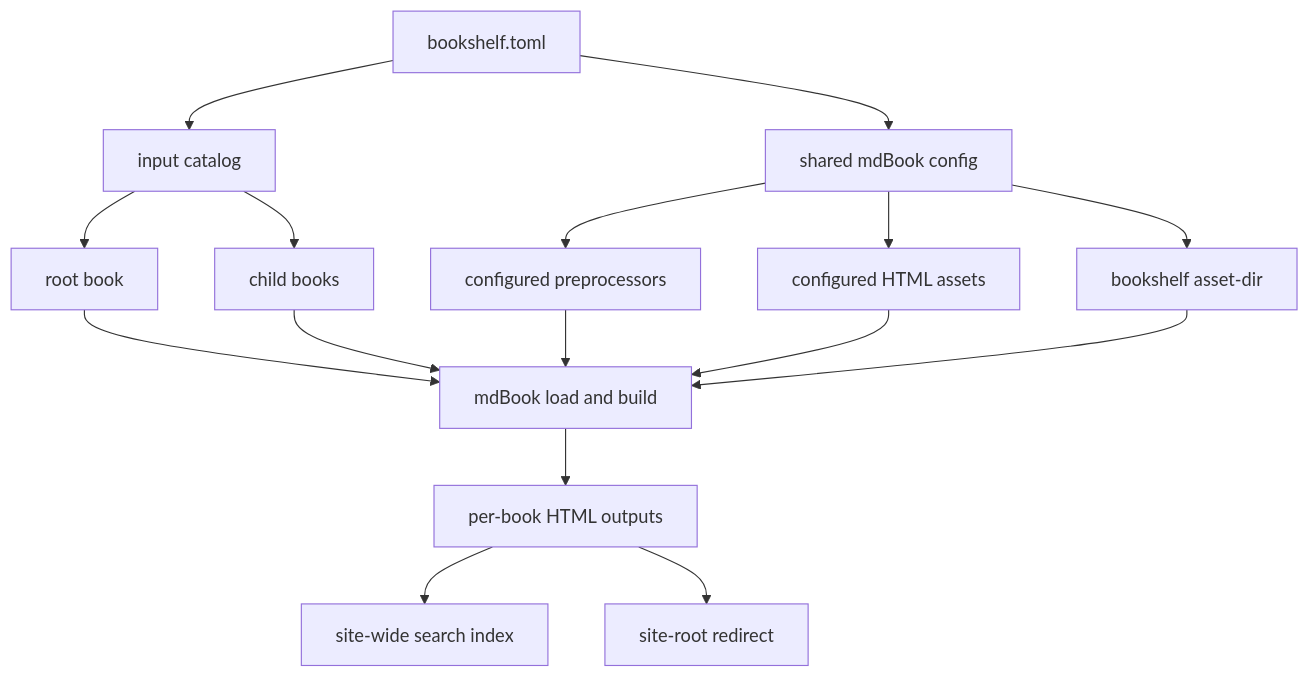
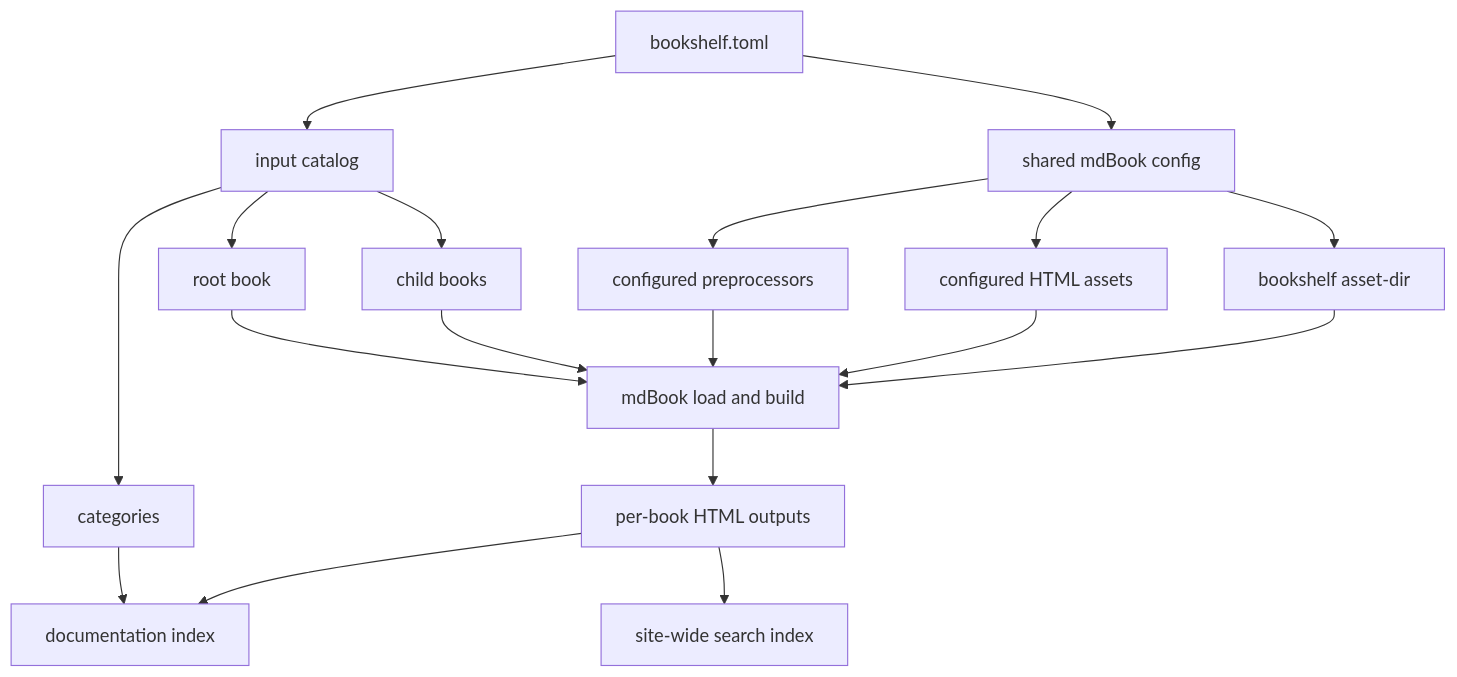
Before and after one commit to OptimalCNC/mdBook-bookshelf: the diagram in docs/contributing.md, drawn with Mermaid. The commit also changed other lines of this file and 12 other files, not shown here.

Commit message:
docs: describe documentation index model

````diff
--- a/docs/contributing.md
+++ b/docs/contributing.md
@@ -33,18 +32,20 @@
 ```mermaid
 flowchart TD
     Config["bookshelf.toml"] --> Catalog["input catalog"]
     Config --> SharedConfig["shared mdBook config"]
     SharedConfig --> Plugins["configured preprocessors"]
     SharedConfig --> Assets["configured HTML assets"]
     SharedConfig --> RuntimeAssets["bookshelf asset-dir"]
     Catalog --> RootBook["root book"]
     Catalog --> ChildBooks["child books"]
+    Catalog --> Categories["categories"]
     RootBook --> MdBook["mdBook load and build"]
     ChildBooks --> MdBook
     Plugins --> MdBook
     Assets --> MdBook
     RuntimeAssets --> MdBook
     MdBook --> BookOutputs["per-book HTML outputs"]
+    Categories --> DocIndex["documentation index"]
+    BookOutputs --> DocIndex
     BookOutputs --> Search["site-wide search index"]
-    BookOutputs --> Redirect["site-root redirect"]
 ```
````
